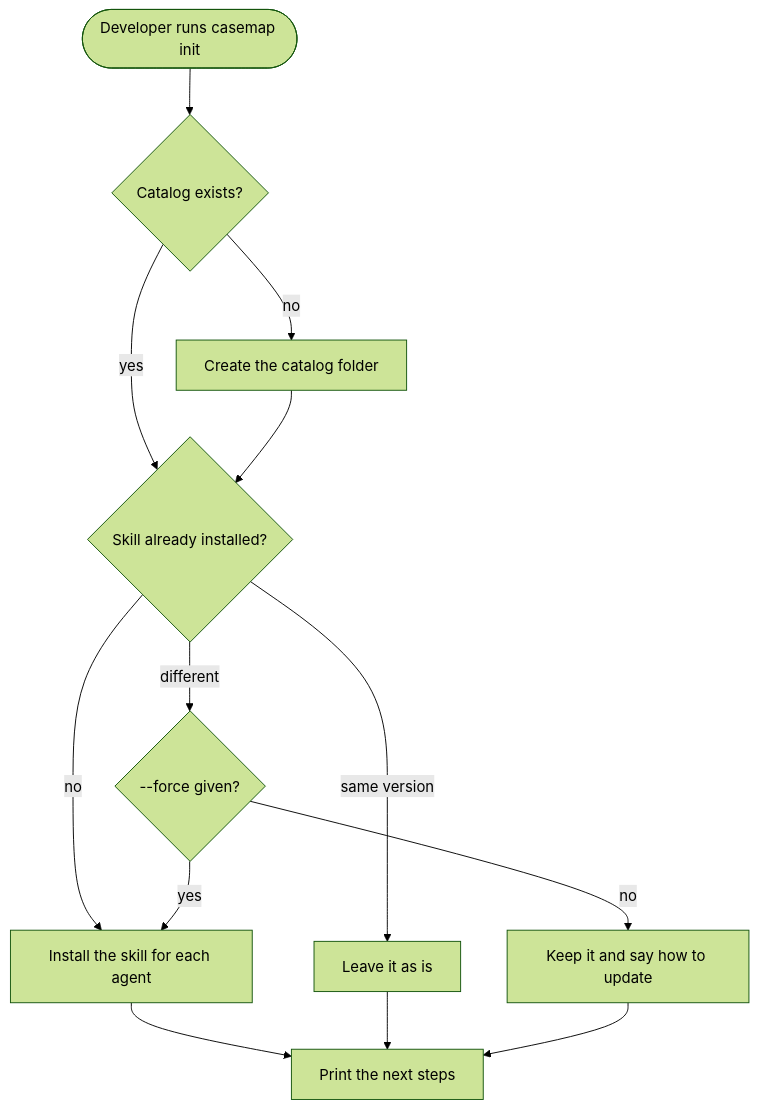
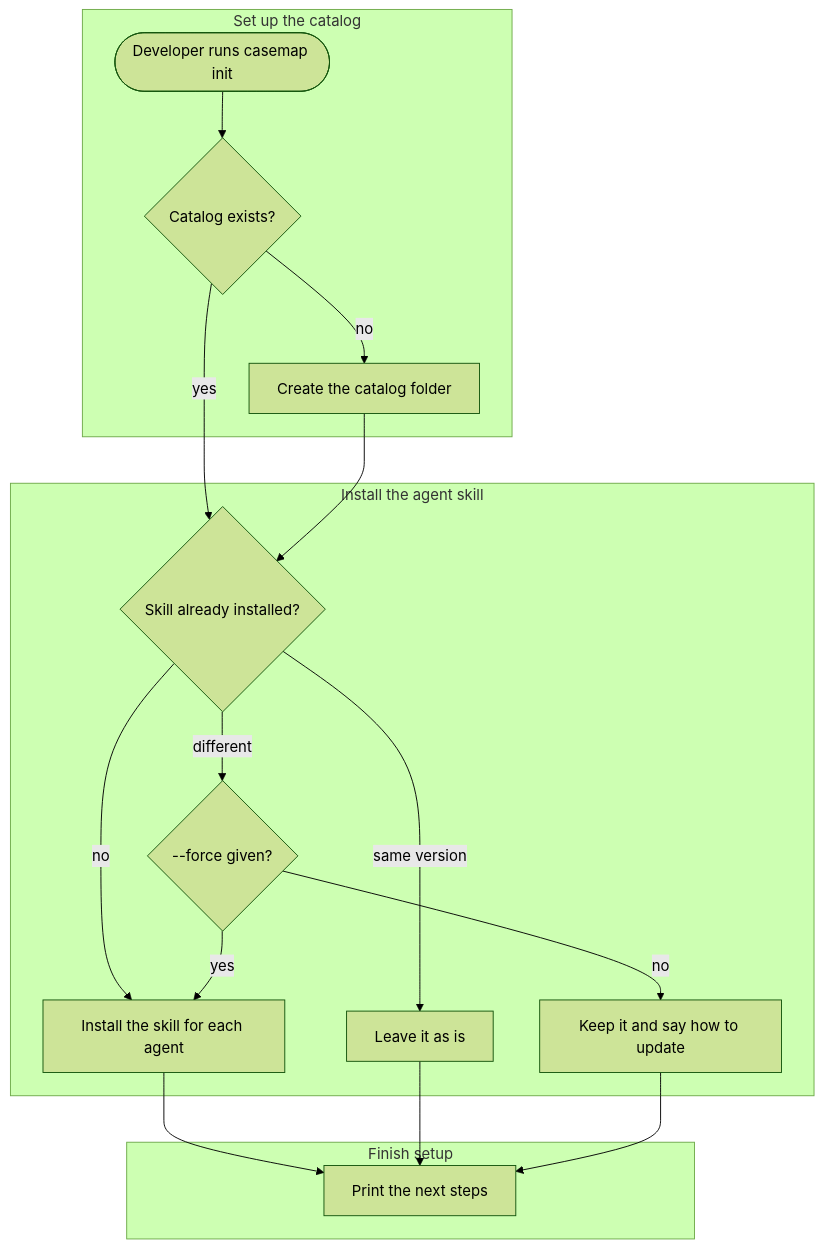
Before and after one commit to Ross-cripto/casemap: the diagram in docs/flows/set-up-a-catalog.md, drawn with Mermaid (forest theme). The commit also changed 178 other files, not shown here.

First line of the commit message:
feat!: draw use-case flows as images with sections, icons and jumps

````diff
--- a/docs/flows/set-up-a-catalog.md
+++ b/docs/flows/set-up-a-catalog.md
@@ -5,16 +5,28 @@
 ```mermaid
 flowchart TD
-    dev([Developer runs casemap init]) --> dir{Catalog exists?}
-    dir -->|no| create[Create the catalog folder]
-    dir -->|yes| skill{Skill already installed?}
+    subgraph catalog [Set up the catalog]
+        dev([Developer runs casemap init]) --> dir{Catalog exists?}
+        dir -->|no| create[Create the catalog folder]
+    end
+    subgraph installation [Install the agent skill]
+        skill{Skill already installed?} -->|no| install[Install the skill for each agent]
+        skill -->|same version| keep[Leave it as is]
+        skill -->|different| force{--force given?}
+        force -->|yes| install
+        force -->|no| warn[Keep it and say how to update]
+    end
+    subgraph outcome [Finish setup]
+        next[Print the next steps]
+    end
+    dir -->|yes| skill
     create --> skill
-    skill -->|no| install[Install the skill for each agent]
-    skill -->|same version| keep[Leave it as is]
-    skill -->|different| force{--force given?}
-    force -->|yes| install
-    force -->|no| warn[Keep it and say how to update]
-    install --> next[Print the next steps]
+    install --> next
     keep --> next
     warn --> next
+    %% @icon create folder-open
+    %% @icon install download
+    %% @icon keep check
+    %% @icon warn circle-help
+    %% @icon next list
     %% @code install src/skill.rs skills/casemap/SKILL.md
 ```
````
